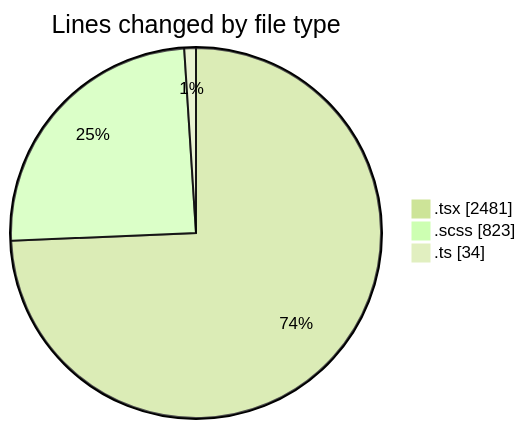
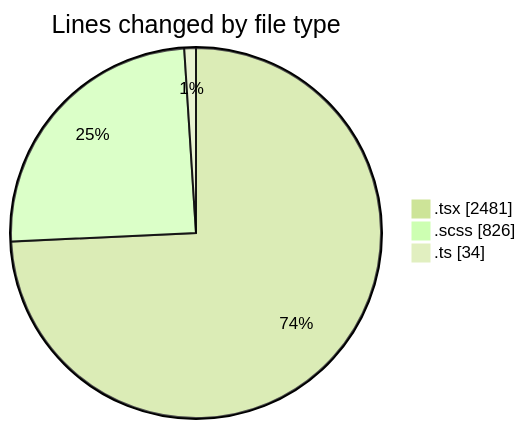
Before and after one commit to momahboobian/code-tracking: the first of 2 diagrams in 2025-04-07/cda/README.md, drawn with Mermaid (forest theme). The commit also changed other lines of this file and 1 other file, not shown here.

````diff
--- a/2025-04-07/cda/README.md
+++ b/2025-04-07/cda/README.md
@@ -34,7 +34,7 @@
 ```mermaid
 pie showData
 title Lines changed by file type
 ".tsx" : 2481
-".scss" : 823
+".scss" : 826
 ".ts" : 34
 ```
````
